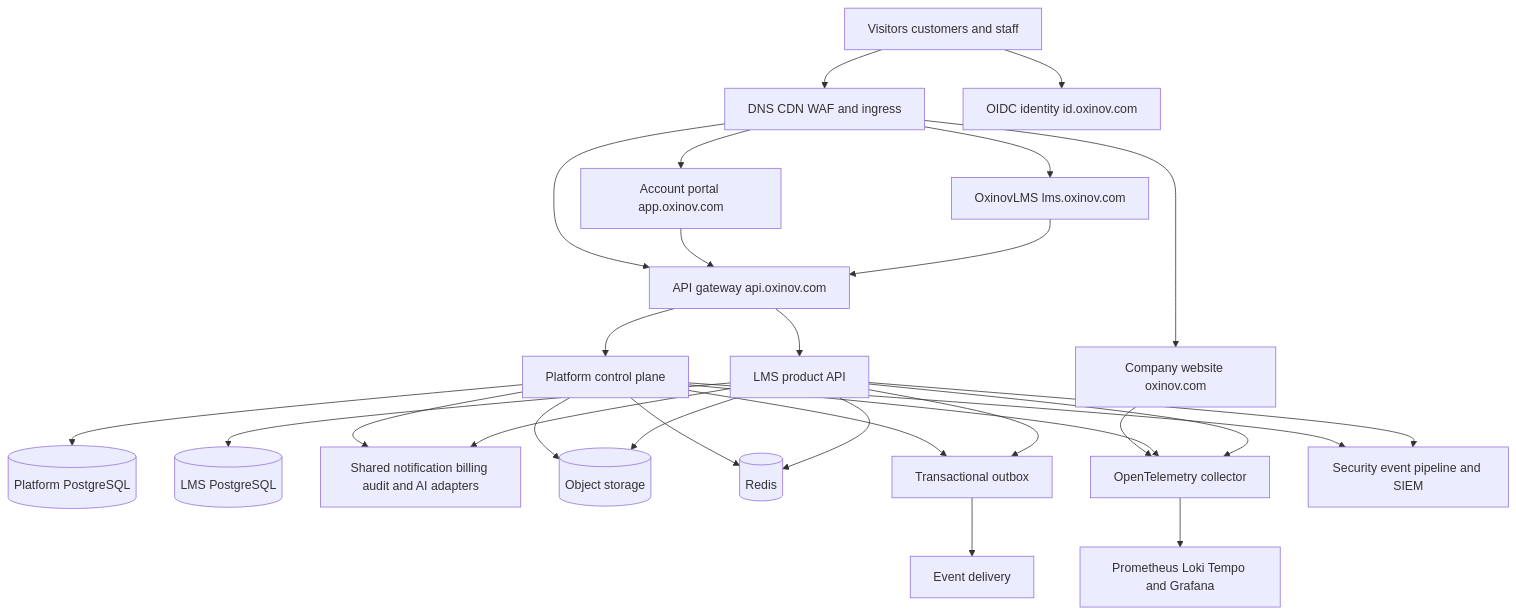
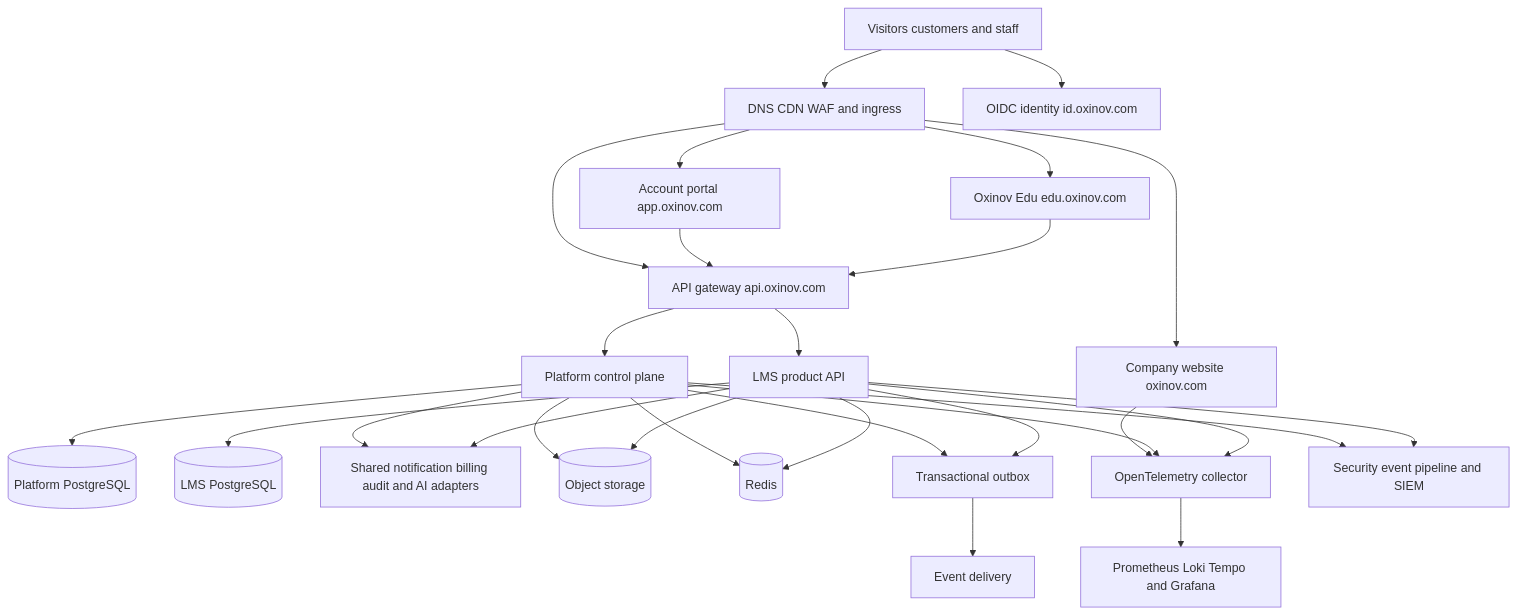
One commit to hxznx/oxinov changed the diagram in docs/architecture/COMPANY-PLATFORM-ARCHITECTURE.md. Above: the diagram before and after it, drawn with Mermaid. The commit also changed other lines of this file and 42 other files, not shown here.

Commit message:
docs: rename OxinovLMS to Oxinov Edu (edu.oxinov.com)

````diff
--- a/docs/architecture/COMPANY-PLATFORM-ARCHITECTURE.md
+++ b/docs/architecture/COMPANY-PLATFORM-ARCHITECTURE.md
@@ -7,34 +7,34 @@
 ```mermaid
 flowchart TB
     U[Visitors customers and staff] --> E[DNS CDN WAF and ingress]
     E --> CW[Company website oxinov.com]
     E --> PW[Account portal app.oxinov.com]
-    E --> LMS[OxinovLMS lms.oxinov.com]
+    E --> LMS[Oxinov Edu edu.oxinov.com]
     E --> G[API gateway api.oxinov.com]
     U --> ID[OIDC identity id.oxinov.com]
 
     PW --> G
     LMS --> G
     G --> CP[Platform control plane]
     G --> LP[LMS product API]
 
     CP --> PDB[(Platform PostgreSQL)]
     LP --> LDB[(LMS PostgreSQL)]
     CP --> SH[Shared notification billing audit and AI adapters]
     LP --> SH
     CP --> O[(Object storage)]
     LP --> O
     CP --> R[(Redis)]
     LP --> R
 
     CP --> OB[Transactional outbox]
     LP --> OB
     OB --> EV[Event delivery]
 
     CW --> OT[OpenTelemetry collector]
     CP --> OT
     LP --> OT
     OT --> OBS[Prometheus Loki Tempo and Grafana]
     CP --> SEC[Security event pipeline and SIEM]
     LP --> SEC
 ```
````
